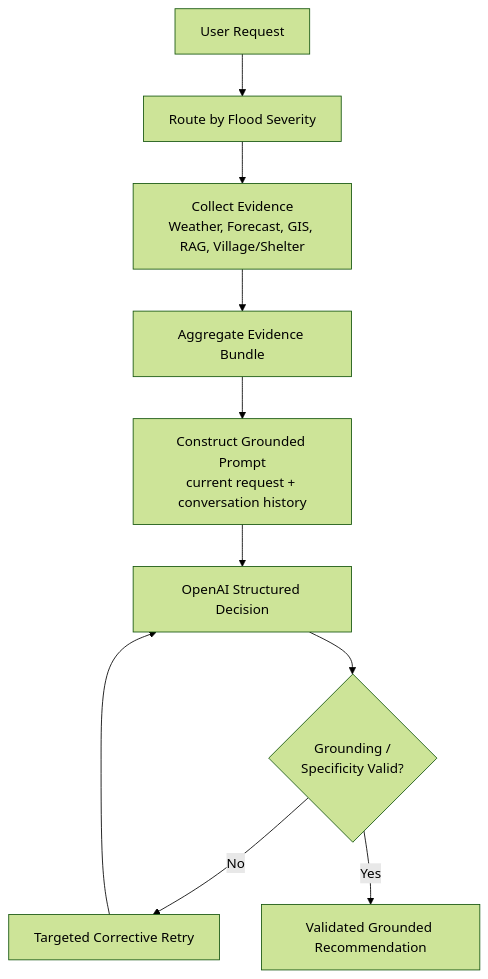
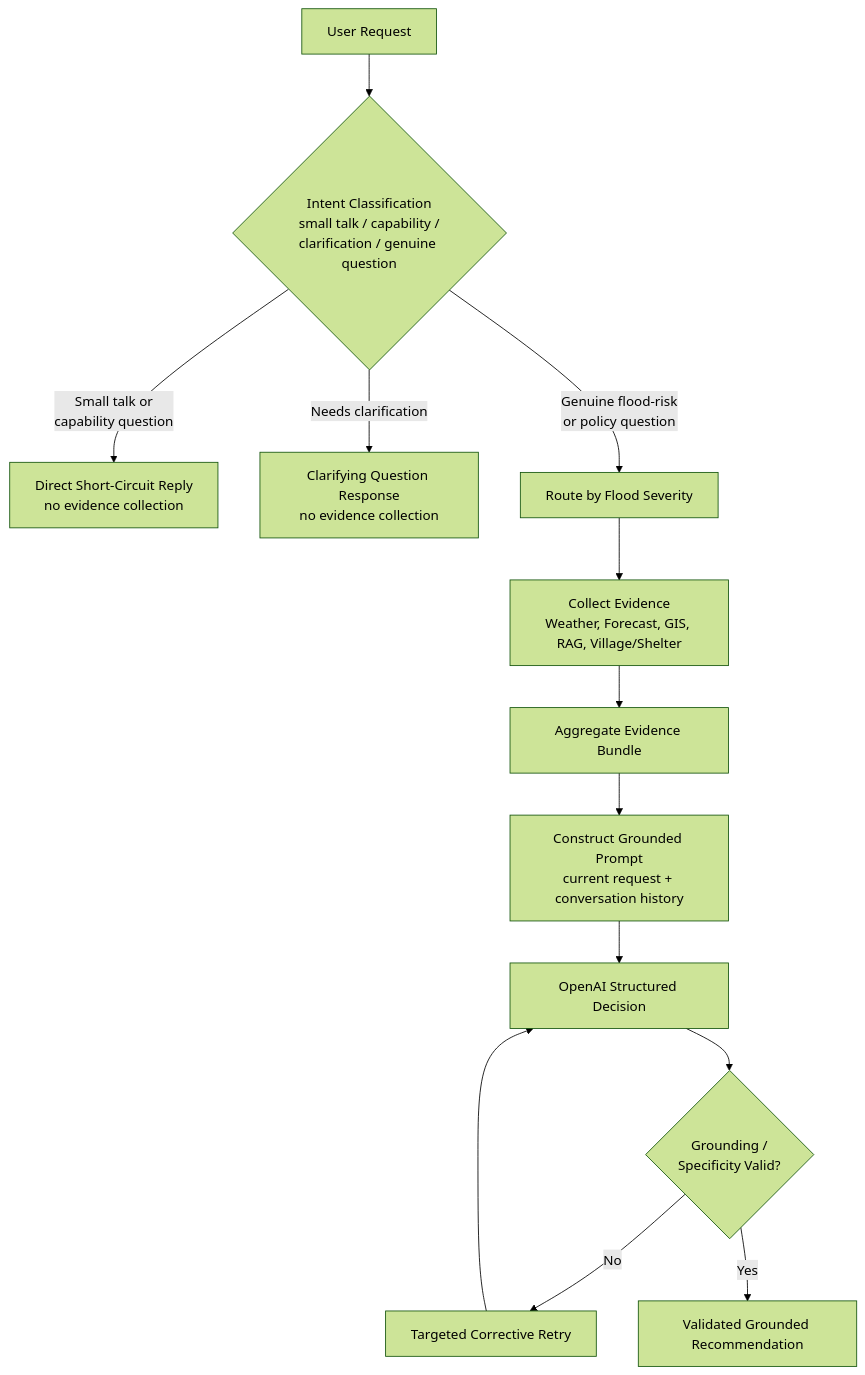
One commit to Muhammad-Ilyas1408/flood-aware changed the second of 2 diagrams in docs/TDS.md. Above: the diagram before and after it, drawn with Mermaid (forest theme). The commit also changed other lines of this file and 1 other file, not shown here.

````diff
--- a/docs/TDS.md
+++ b/docs/TDS.md
@@ -205,12 +209,15 @@
 ```mermaid
 graph TD
-    A[User Request] --> B[Route by Flood Severity]
+    A[User Request] --> Z{Intent Classification<br/>small talk / capability /<br/>clarification / genuine question}
+    Z -->|Small talk or<br/>capability question| S[Direct Short-Circuit Reply<br/>no evidence collection]
+    Z -->|Needs clarification| CQ[Clarifying Question Response<br/>no evidence collection]
+    Z -->|Genuine flood-risk<br/>or policy question| B[Route by Flood Severity]
     B --> C[Collect Evidence<br/>Weather, Forecast, GIS, RAG, Village/Shelter]
     C --> D[Aggregate Evidence Bundle]
     D --> E[Construct Grounded Prompt<br/>current request + conversation history]
     E --> F[OpenAI Structured Decision]
     F --> G{Grounding /<br/>Specificity Valid?}
     G -->|No| H[Targeted Corrective Retry]
     H --> F
     G -->|Yes| I[Validated Grounded Recommendation]
 ```
````
